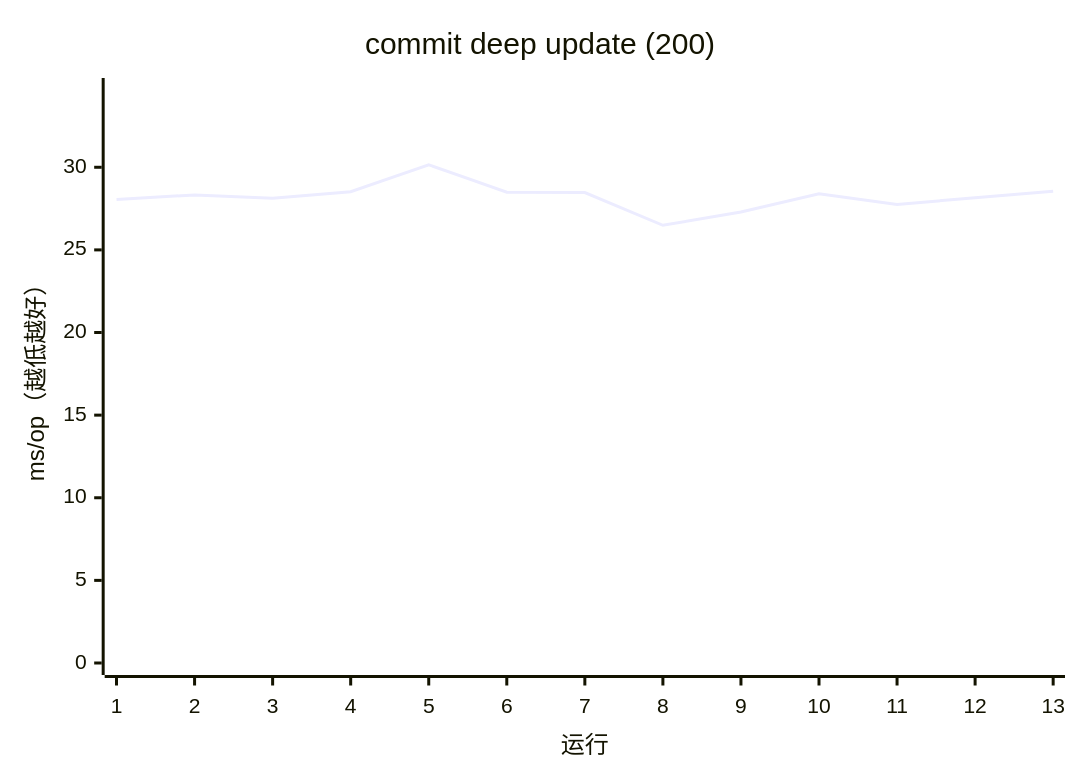
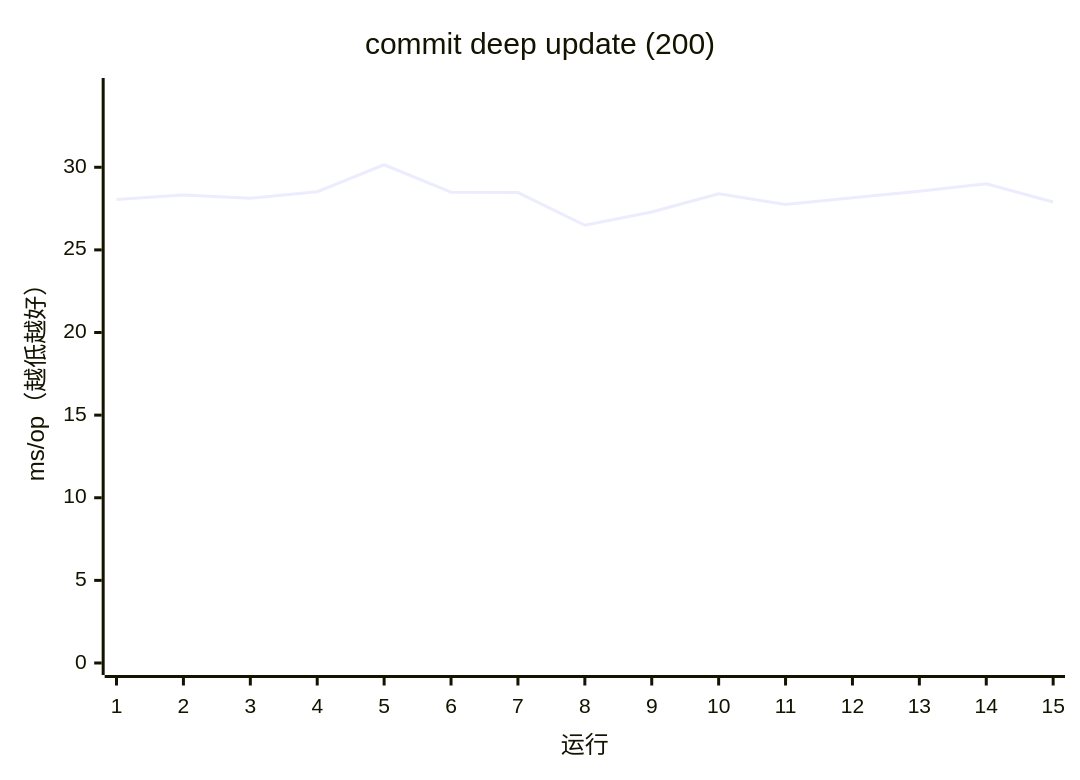
One commit to AIluffy/io changed the sixth of 17 diagrams in apps/docs/src/content/docs/guides/benchmark.mdx. Above: the diagram before and after it, drawn with Mermaid. The commit also changed other lines of this file and 7 other files, not shown here.

````diff
--- a/apps/docs/src/content/docs/guides/benchmark.mdx
+++ b/apps/docs/src/content/docs/guides/benchmark.mdx
@@ -251,7 +253,7 @@
 ```mermaid
 xychart-beta
   title "commit deep update (200)"
-  x-axis "运行" [1, 2, 3, 4, 5, 6, 7, 8, 9, 10, 11, 12, 13]
+  x-axis "运行" [1, 2, 3, 4, 5, 6, 7, 8, 9, 10, 11, 12, 13, 14, 15]
   y-axis "ms/op（越低越好）" 0 --> 34.6763
-  line [28.0546, 28.3256, 28.128, 28.518, 30.1533, 28.4924, 28.468, 26.4901, 27.2909, 28.402, 27.747, 28.1575, 28.549]
+  line [28.0546, 28.3256, 28.128, 28.518, 30.1533, 28.4924, 28.468, 26.4901, 27.2909, 28.402, 27.747, 28.1575, 28.549, 28.9993, 27.8953]
 ```
````
